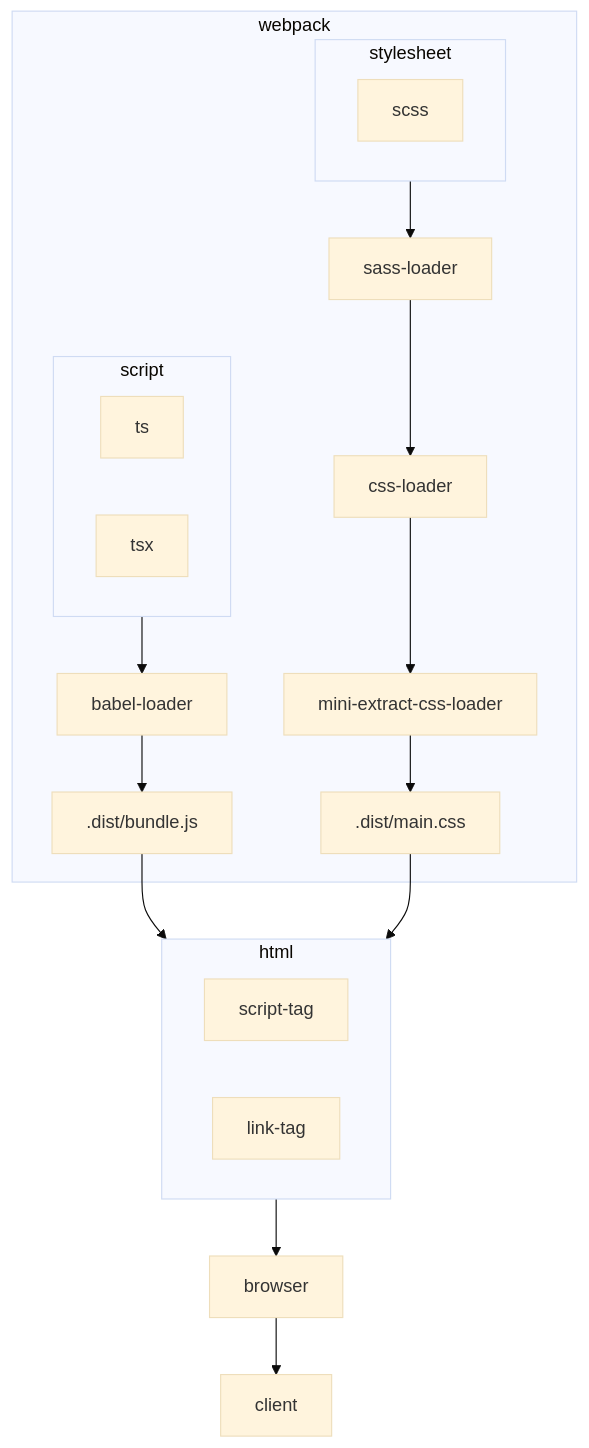
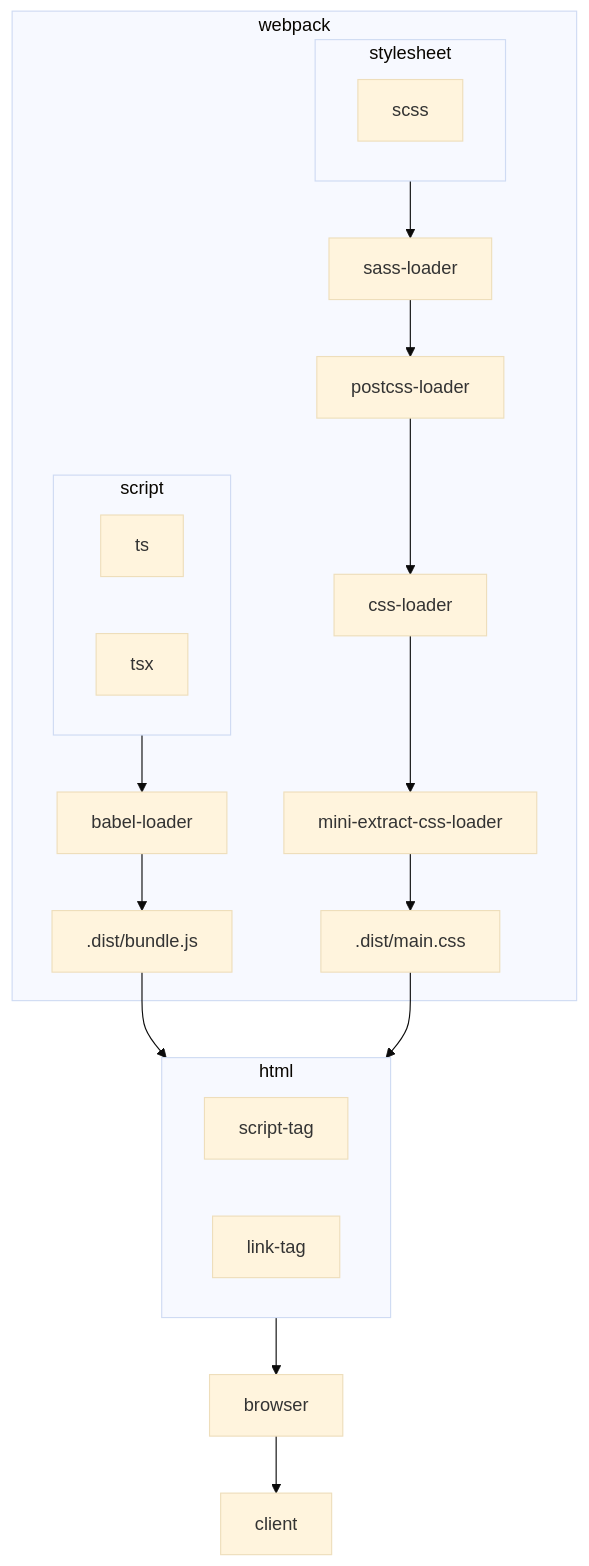
The diagram in README.md (guychienll/room-service), drawn with Mermaid (base theme) before and after one commit. The commit also changed other lines of this file, not shown here.

````diff
--- a/README.md
+++ b/README.md
@@ -26,27 +26,27 @@
 ```mermaid
 flowchart TD
 
     subgraph script
         ts
         tsx
     end
 
     subgraph stylesheet
         scss
     end
 
     subgraph webpack
         script --> babel-loader --> .dist/bundle.js
-        stylesheet --> sass-loader --> css-loader --> mini-extract-css-loader --> .dist/main.css
+        stylesheet --> sass-loader --> postcss-loader --> css-loader --> mini-extract-css-loader --> .dist/main.css
     end
 
     .dist/bundle.js --> html
     .dist/main.css --> html
 
     subgraph html
         script-tag
         link-tag
     end
 
     html --> browser --> client
 ```
````
